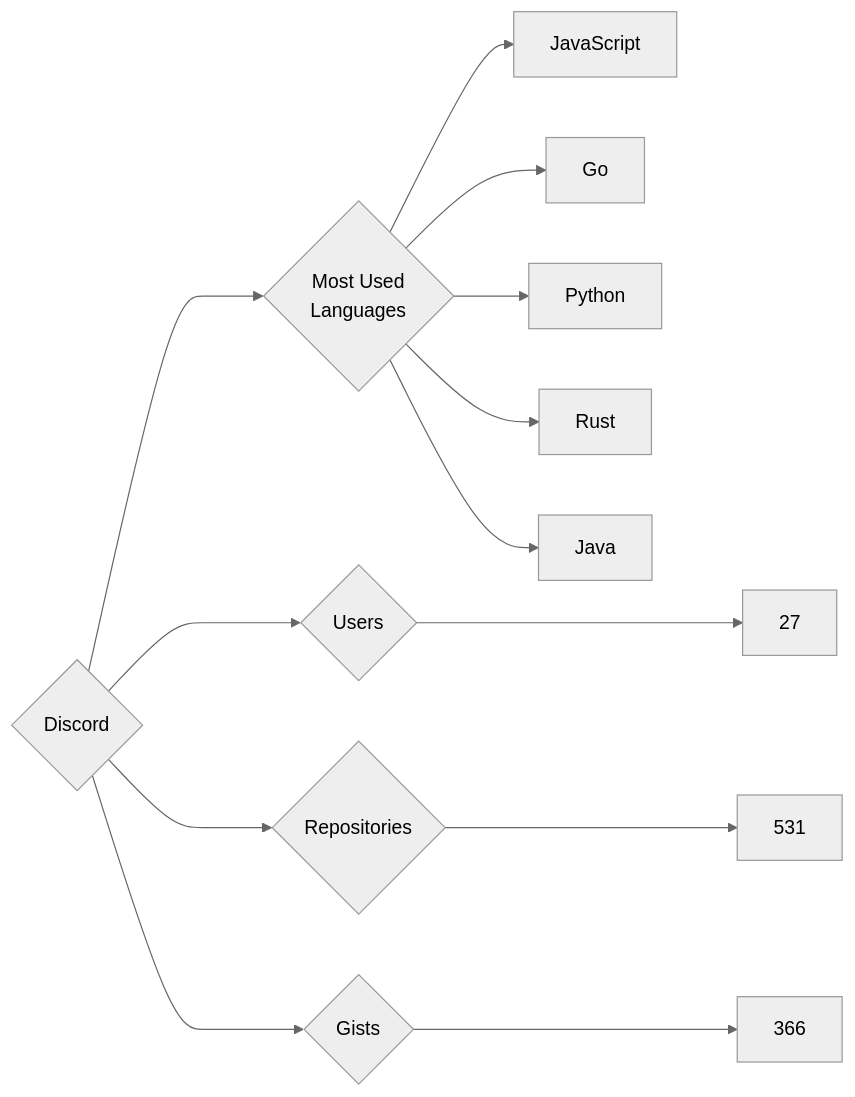
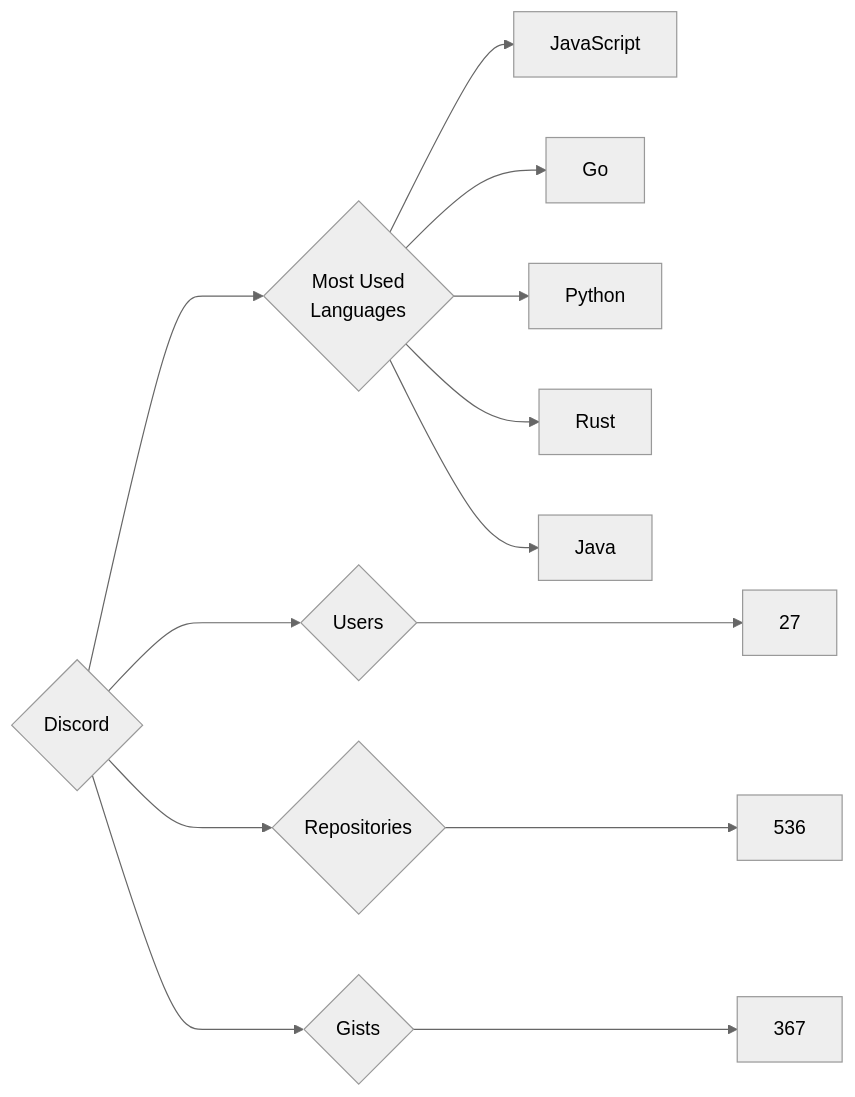
The diagram in targets/Discord/README.md (trickest/insiders), drawn with Mermaid (neutral theme) before and after one commit. The commit also changed 611 other files, not shown here.

````diff
--- a/targets/Discord/README.md
+++ b/targets/Discord/README.md
@@ -3,13 +3,13 @@
 ```mermaid
 graph LR
 COMPANY_NAME{Discord}
 COMPANY_NAME ---> U{Users} ---> UN[27]
-COMPANY_NAME ---> R{Repositories} ---> RN[531]
-COMPANY_NAME ---> G{Gists} ---> GN[366]
+COMPANY_NAME ---> R{Repositories} ---> RN[536]
+COMPANY_NAME ---> G{Gists} ---> GN[367]
 COMPANY_NAME ---> ML{Most Used<br>Languages}
 ML --> JavaScript[JavaScript]
 ML --> Go[Go]
 ML --> Python[Python]
 ML --> Rust[Rust]
 ML --> Java[Java]
 ```
````
